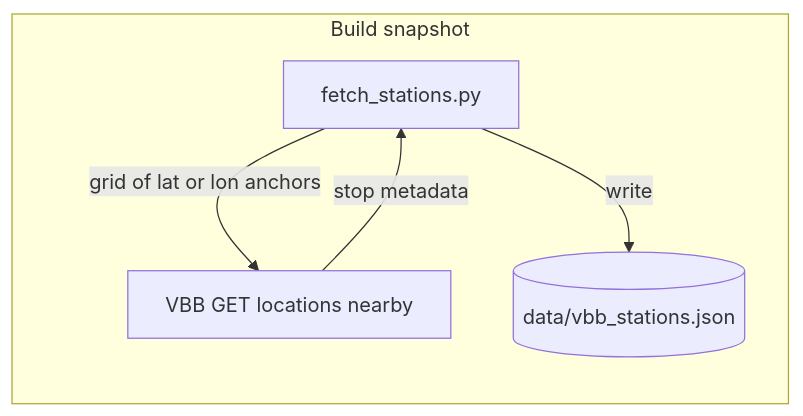
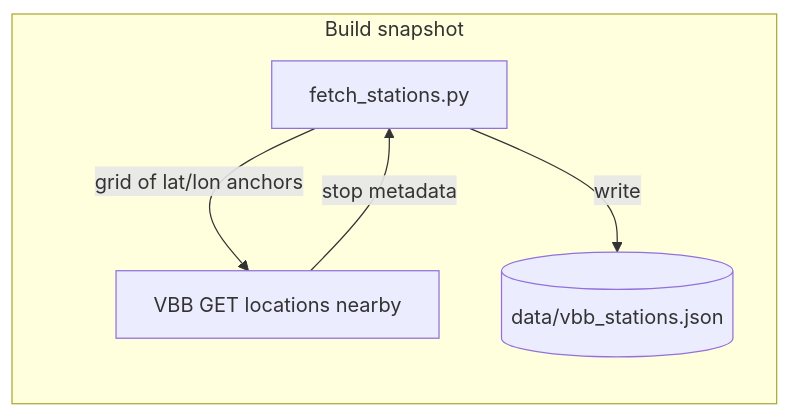
One commit to momonala/trainspotter changed the first of 3 diagrams in README.md. Above: the diagram before and after it, drawn with Mermaid. The commit also changed other lines of this file and 5 other files, not shown here.

````diff
--- a/README.md
+++ b/README.md
@@ -24,11 +58,11 @@
 ```mermaid
 flowchart LR
   subgraph buildSnapshot [Build snapshot]
     Script[fetch_stations.py]
     VBBnear[VBB GET locations nearby]
     JsonFile[(data/vbb_stations.json)]
-    Script -->|grid of lat or lon anchors| VBBnear
+    Script -->|grid of lat/lon anchors| VBBnear
     VBBnear -->|stop metadata| Script
     Script -->|write| JsonFile
   end
 ```
````
